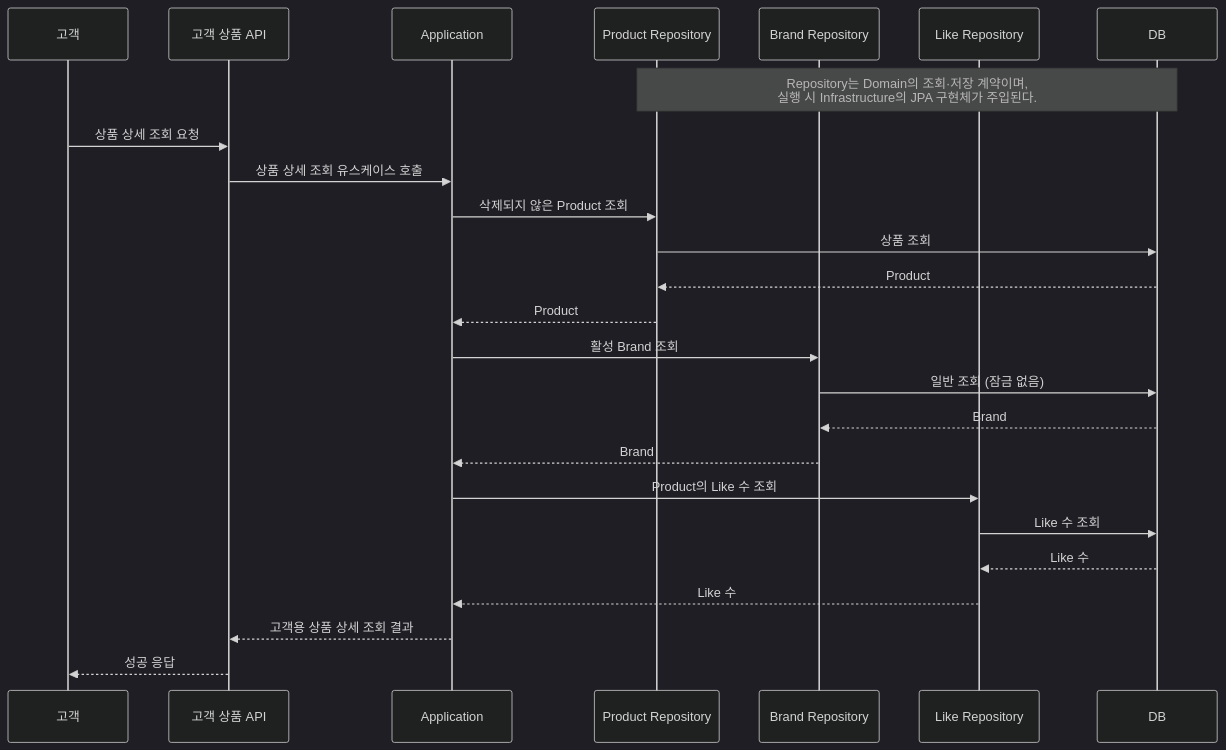
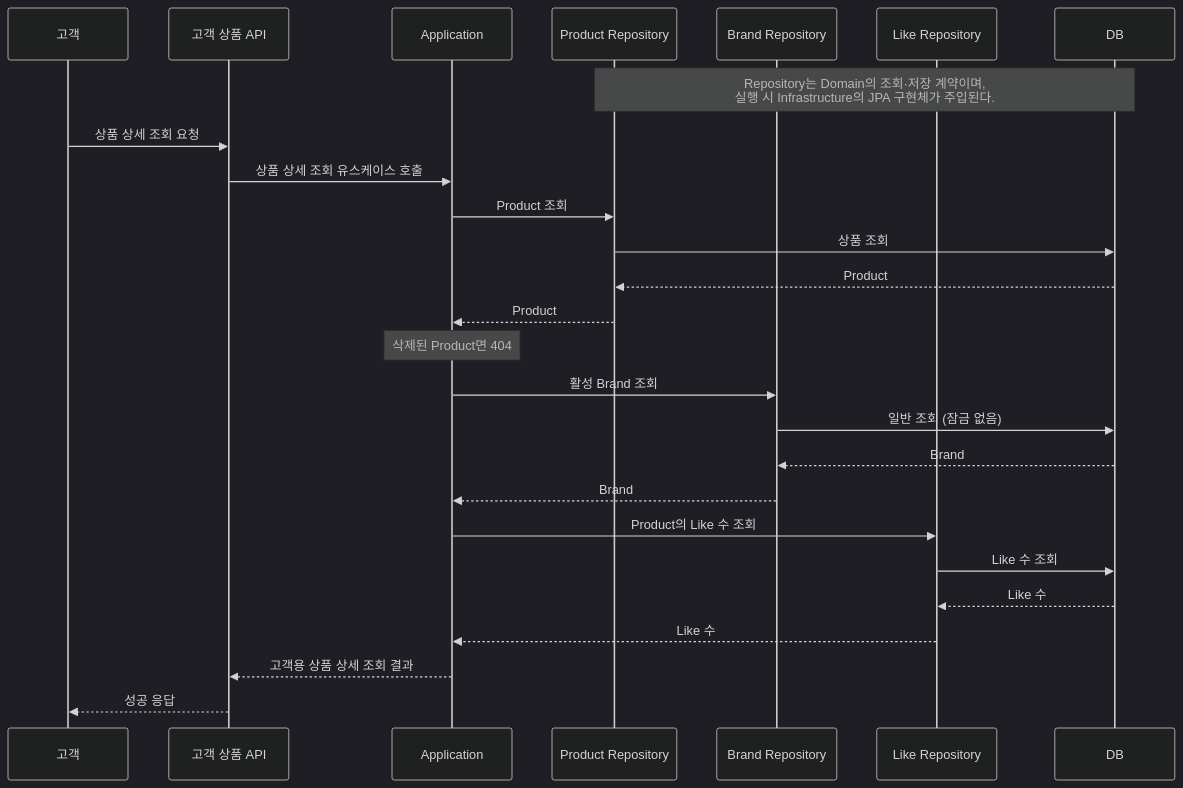
The diagram in docs/system-design/use-cases/product-detail.md (loopers-labs/loop-pack-be-l2-vol5-java), drawn with Mermaid (dark theme) before and after one commit. The commit also changed other lines of this file and 2 other files, not shown here.

````diff
--- a/docs/system-design/use-cases/product-detail.md
+++ b/docs/system-design/use-cases/product-detail.md
@@ -9,29 +9,30 @@
 ```mermaid
 sequenceDiagram
     participant C as 고객
     participant CAC as 고객 상품 API
     participant APP as Application
     participant PR as Product Repository
     participant BR as Brand Repository
     participant LR as Like Repository
     participant DB as DB
 
     Note over PR,DB: Repository는 Domain의 조회·저장 계약이며,<br/>실행 시 Infrastructure의 JPA 구현체가 주입된다.
 
     C->>CAC: 상품 상세 조회 요청
     CAC->>APP: 상품 상세 조회 유스케이스 호출
-    APP->>PR: 삭제되지 않은 Product 조회
+    APP->>PR: Product 조회
     PR->>DB: 상품 조회
     DB-->>PR: Product
     PR-->>APP: Product
+    Note over APP: 삭제된 Product면 404
     APP->>BR: 활성 Brand 조회
     BR->>DB: 일반 조회 (잠금 없음)
     DB-->>BR: Brand
     BR-->>APP: Brand
     APP->>LR: Product의 Like 수 조회
     LR->>DB: Like 수 조회
     DB-->>LR: Like 수
     LR-->>APP: Like 수
     APP-->>CAC: 고객용 상품 상세 조회 결과
     CAC-->>C: 성공 응답
 ```
````
